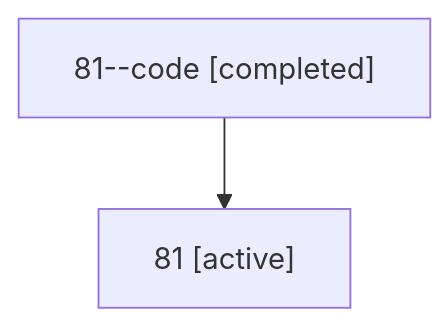
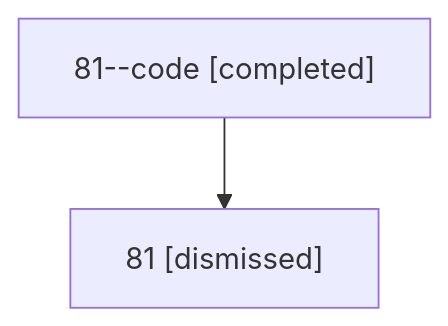
One commit to bobs-org/bob-cli--agents changed the diagram in sessions/bbugyi200.athena.81.md. Above: the diagram before and after it, drawn with Mermaid. The commit also changed other lines of this file and 27 other files, not shown here.

````diff
--- a/sessions/bbugyi200.athena.81.md
+++ b/sessions/bbugyi200.athena.81.md
@@ -9,6 +9,6 @@
 ```mermaid
 flowchart TD
   n0["81--code [completed]"]
-  n1["81 [active]"]
+  n1["81 [dismissed]"]
   n0 --> n1
 ```
````
